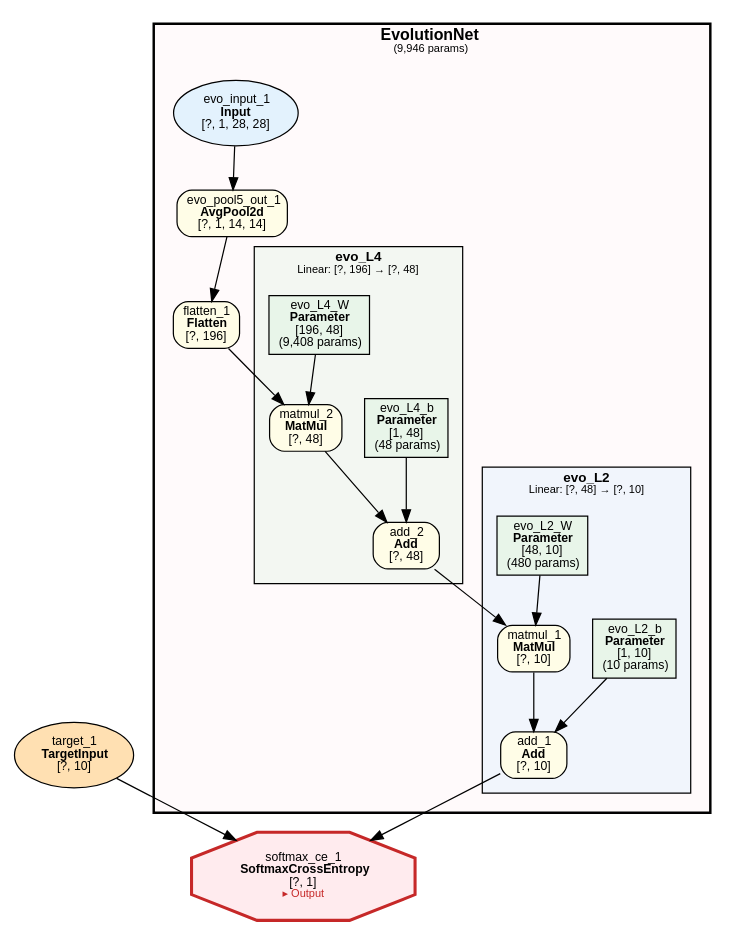
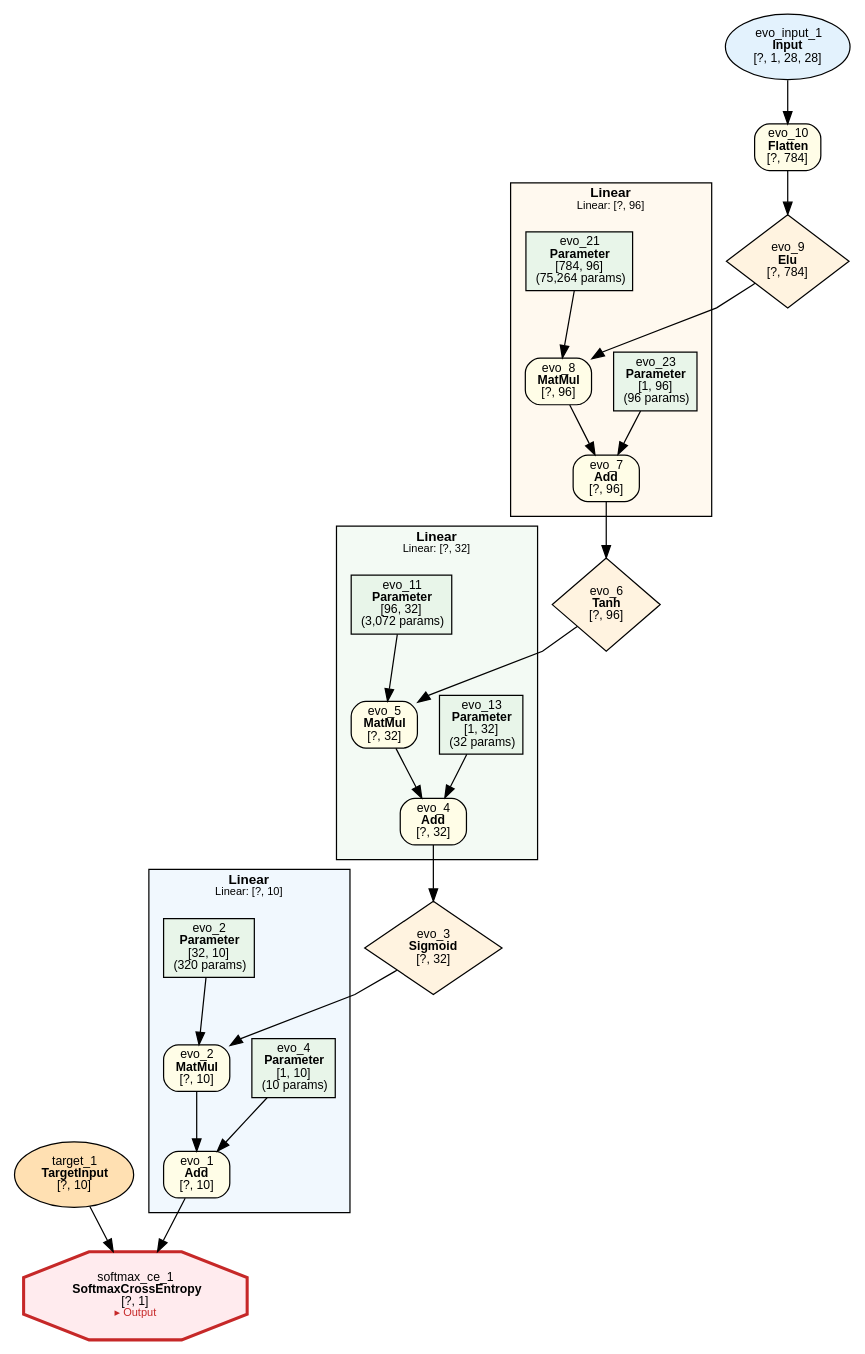
The diagram in examples/evolution/mnist/evolution_mnist.dot (dbsxdbsx/only_torch), drawn with Graphviz before and after one commit. The commit also changed 14 other files, not shown here.

```diff
--- a/examples/evolution/mnist/evolution_mnist.dot
+++ b/examples/evolution/mnist/evolution_mnist.dot
@@ -1,62 +1,73 @@
 digraph ComputeGraph {
     rankdir=TB;
     newrank=true;
     splines=polyline;
     node [fontname="Microsoft YaHei,SimHei,Arial"];
     edge [fontname="Microsoft YaHei,SimHei,Arial"];
 
-    subgraph cluster_model_EvolutionNet {
-        label=<<B>EvolutionNet</B><BR/><FONT POINT-SIZE="9">(9,946 params)</FONT>>;
-        style="filled,bold";
-        fillcolor="#FFEBEE40";
+    subgraph cluster_group_linear_1 {
+        label=<<B>Linear</B><BR/><FONT POINT-SIZE="9">Linear: [?, 10]</FONT>>;
+        style=filled;
+        fillcolor="#E3F2FD80";
         fontname="Microsoft YaHei,SimHei,Arial";
-        fontsize=13;
-        margin=16;
+        fontsize=11;
+        margin=12;
+            "2" [label=<evo_1<BR/><B>Add</B><BR/>[?, 10]> shape=box style="filled,rounded" fillcolor="#FFFDE7" fontsize=10];
+            "4" [label=<evo_2<BR/><B>MatMul</B><BR/>[?, 10]> shape=box style="filled,rounded" fillcolor="#FFFDE7" fontsize=10];
+            "5" [label=<evo_4<BR/><B>Parameter</B><BR/>[1, 10]<BR/>(10 params)> shape=box style=filled fillcolor="#E8F5E9" fontsize=10];
+            "7" [label=<evo_2<BR/><B>Parameter</B><BR/>[32, 10]<BR/>(320 params)> shape=box style=filled fillcolor="#E8F5E9" fontsize=10];
+    }
 
-        subgraph cluster_EvolutionNet_evo_L2 {
-            label=<<B>evo_L2</B><BR/><FONT POINT-SIZE="9">Linear: [?, 48] → [?, 10]</FONT>>;
-            style=filled;
-            fillcolor="#E3F2FD80";
-            fontname="Microsoft YaHei,SimHei,Arial";
-            fontsize=11;
-            margin=12;
-                "2" [label=<add_1<BR/><B>Add</B><BR/>[?, 10]> shape=box style="filled,rounded" fillcolor="#FFFDE7" fontsize=10];
-                "4" [label=<matmul_1<BR/><B>MatMul</B><BR/>[?, 10]> shape=box style="filled,rounded" fillcolor="#FFFDE7" fontsize=10];
-                "5" [label=<evo_L2_b<BR/><B>Parameter</B><BR/>[1, 10]<BR/>(10 params)> shape=box style=filled fillcolor="#E8F5E9" fontsize=10];
-                "7" [label=<evo_L2_W<BR/><B>Parameter</B><BR/>[48, 10]<BR/>(480 params)> shape=box style=filled fillcolor="#E8F5E9" fontsize=10];
-        }
+    subgraph cluster_group_linear_3 {
+        label=<<B>Linear</B><BR/><FONT POINT-SIZE="9">Linear: [?, 32]</FONT>>;
+        style=filled;
+        fillcolor="#E8F5E980";
+        fontname="Microsoft YaHei,SimHei,Arial";
+        fontsize=11;
+        margin=12;
+            "8" [label=<evo_4<BR/><B>Add</B><BR/>[?, 32]> shape=box style="filled,rounded" fillcolor="#FFFDE7" fontsize=10];
+            "9" [label=<evo_5<BR/><B>MatMul</B><BR/>[?, 32]> shape=box style="filled,rounded" fillcolor="#FFFDE7" fontsize=10];
+            "10" [label=<evo_13<BR/><B>Parameter</B><BR/>[1, 32]<BR/>(32 params)> shape=box style=filled fillcolor="#E8F5E9" fontsize=10];
+            "12" [label=<evo_11<BR/><B>Parameter</B><BR/>[96, 32]<BR/>(3,072 params)> shape=box style=filled fillcolor="#E8F5E9" fontsize=10];
+    }
 
-        subgraph cluster_EvolutionNet_evo_L4 {
-            label=<<B>evo_L4</B><BR/><FONT POINT-SIZE="9">Linear: [?, 196] → [?, 48]</FONT>>;
-            style=filled;
-            fillcolor="#E8F5E980";
-            fontname="Microsoft YaHei,SimHei,Arial";
-            fontsize=11;
-            margin=12;
-                "6" [label=<add_2<BR/><B>Add</B><BR/>[?, 48]> shape=box style="filled,rounded" fillcolor="#FFFDE7" fontsize=10];
-                "8" [label=<matmul_2<BR/><B>MatMul</B><BR/>[?, 48]> shape=box style="filled,rounded" fillcolor="#FFFDE7" fontsize=10];
-                "9" [label=<evo_L4_b<BR/><B>Parameter</B><BR/>[1, 48]<BR/>(48 params)> shape=box style=filled fillcolor="#E8F5E9" fontsize=10];
-                "11" [label=<evo_L4_W<BR/><B>Parameter</B><BR/>[196, 48]<BR/>(9,408 params)> shape=box style=filled fillcolor="#E8F5E9" fontsize=10];
-        }
-
-        "10" [label=<flatten_1<BR/><B>Flatten</B><BR/>[?, 196]> shape=box style="filled,rounded" fillcolor="#FFFDE7" fontsize=10];
-        "12" [label=<evo_pool5_out_1<BR/><B>AvgPool2d</B><BR/>[?, 1, 14, 14]> shape=box style="filled,rounded" fillcolor="#FFFDE7" fontsize=10];
-        "13" [label=<evo_input_1<BR/><B>Input</B><BR/>[?, 1, 28, 28]> shape=ellipse style=filled fillcolor="#E3F2FD" fontsize=10];
+    subgraph cluster_group_linear_4 {
+        label=<<B>Linear</B><BR/><FONT POINT-SIZE="9">Linear: [?, 96]</FONT>>;
+        style=filled;
+        fillcolor="#FFF3E080";
+        fontname="Microsoft YaHei,SimHei,Arial";
+        fontsize=11;
+        margin=12;
+            "13" [label=<evo_7<BR/><B>Add</B><BR/>[?, 96]> shape=box style="filled,rounded" fillcolor="#FFFDE7" fontsize=10];
+            "14" [label=<evo_8<BR/><B>MatMul</B><BR/>[?, 96]> shape=box style="filled,rounded" fillcolor="#FFFDE7" fontsize=10];
+            "15" [label=<evo_23<BR/><B>Parameter</B><BR/>[1, 96]<BR/>(96 params)> shape=box style=filled fillcolor="#E8F5E9" fontsize=10];
+            "17" [label=<evo_21<BR/><B>Parameter</B><BR/>[784, 96]<BR/>(75,264 params)> shape=box style=filled fillcolor="#E8F5E9" fontsize=10];
     }
 
     "1" [label=<softmax_ce_1<BR/><B>SoftmaxCrossEntropy</B><BR/>[?, 1]<BR/><FONT COLOR="#C62828" POINT-SIZE="9">▸ Output</FONT>> shape=octagon style=filled fillcolor="#FFEBEE" fontsize=10 penwidth=2.5 color="#C62828"];
     "3" [label=<target_1<BR/><B>TargetInput</B><BR/>[?, 10]> shape=ellipse style=filled fillcolor="#FFE0B2" fontsize=10];
+    "6" [label=<evo_3<BR/><B>Sigmoid</B><BR/>[?, 32]> shape=diamond style=filled fillcolor="#FFF3E0" fontsize=10];
+    "11" [label=<evo_6<BR/><B>Tanh</B><BR/>[?, 96]> shape=diamond style=filled fillcolor="#FFF3E0" fontsize=10];
+    "16" [label=<evo_9<BR/><B>Elu</B><BR/>[?, 784]> shape=diamond style=filled fillcolor="#FFF3E0" fontsize=10];
+    "18" [label=<evo_10<BR/><B>Flatten</B><BR/>[?, 784]> shape=box style="filled,rounded" fillcolor="#FFFDE7" fontsize=10];
+    "19" [label=<evo_input_1<BR/><B>Input</B><BR/>[?, 1, 28, 28]> shape=ellipse style=filled fillcolor="#E3F2FD" fontsize=10];
 
     "2" -> "1";
     "3" -> "1";
     "4" -> "2";
     "5" -> "2";
     "6" -> "4";
     "7" -> "4";
     "8" -> "6";
-    "9" -> "6";
+    "9" -> "8";
     "10" -> "8";
-    "11" -> "8";
-    "12" -> "10";
-    "13" -> "12";
+    "11" -> "9";
+    "12" -> "9";
+    "13" -> "11";
+    "14" -> "13";
+    "15" -> "13";
+    "16" -> "14";
+    "17" -> "14";
+    "18" -> "16";
+    "19" -> "18";
 }
```
